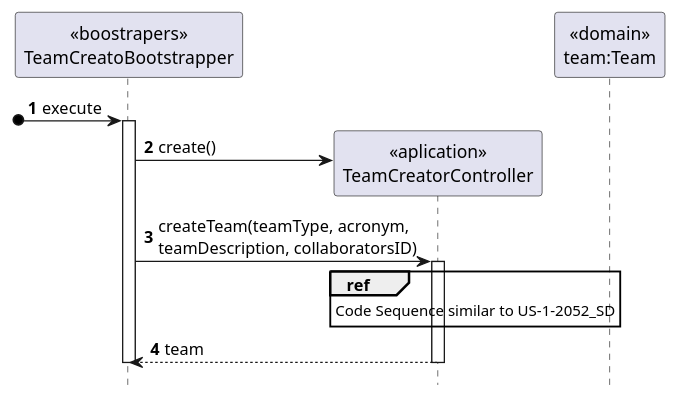
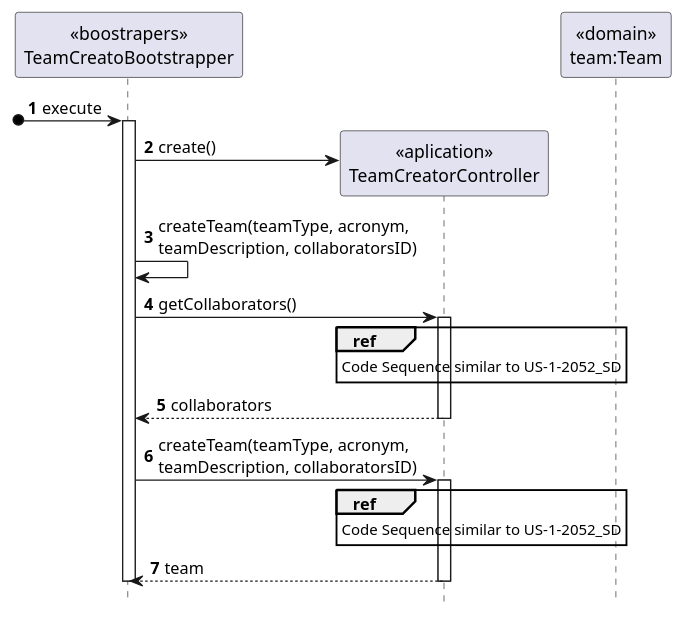
One commit to tiagoavcosta25/LAPR4 changed the diagram in doc/engenharia/SprintB/1190682/US-1-2103_BootstrapOrganization/US-1-2103_SD_Team.puml. Above: the diagram before and after it, drawn with PlantUML. The commit also changed 3 other files, not shown here.

```diff
--- a/doc/engenharia/SprintB/1190682/US-1-2103_BootstrapOrganization/US-1-2103_SD_Team.puml
+++ b/doc/engenharia/SprintB/1190682/US-1-2103_BootstrapOrganization/US-1-2103_SD_Team.puml
@@ -1,23 +1,33 @@
 @startuml
 autonumber
 hide footbox
 
 participant "<<boostrapers>>\nTeamCreatoBootstrapper" as BOOT
 participant "<<aplication>>\nTeamCreatorController" as CTRL
 participant "<<domain>>\nteam:Team" as TEAM
 
 [o-> BOOT : execute
 
 activate BOOT
 BOOT -> CTRL** : create()
 
+BOOT -> BOOT : createTeam(teamType, acronym,\nteamDescription, collaboratorsID)
+
+BOOT -> CTRL : getCollaborators()
+activate CTRL
+ref over CTRL
+Code Sequence similar to US-1-2052_SD
+end ref
+CTRL --> BOOT : collaborators
+deactivate CTRL
+
 BOOT -> CTRL : createTeam(teamType, acronym,\nteamDescription, collaboratorsID)
 activate CTRL
 ref over CTRL
 Code Sequence similar to US-1-2052_SD
 end ref
 CTRL --> BOOT : team
 deactivate CTRL
 deactivate BOOT
 
 @enduml
```
